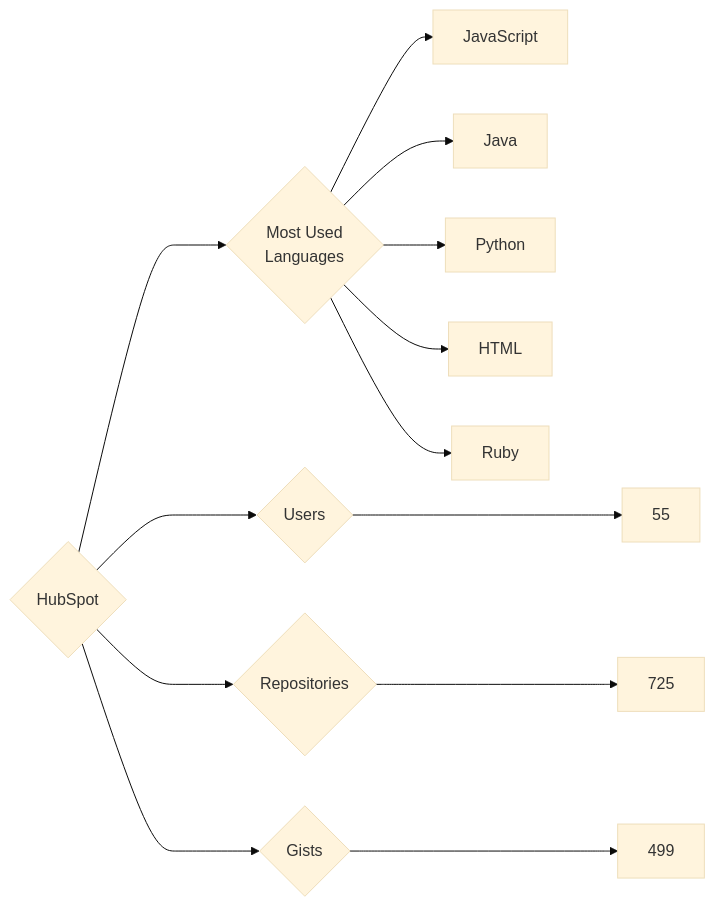
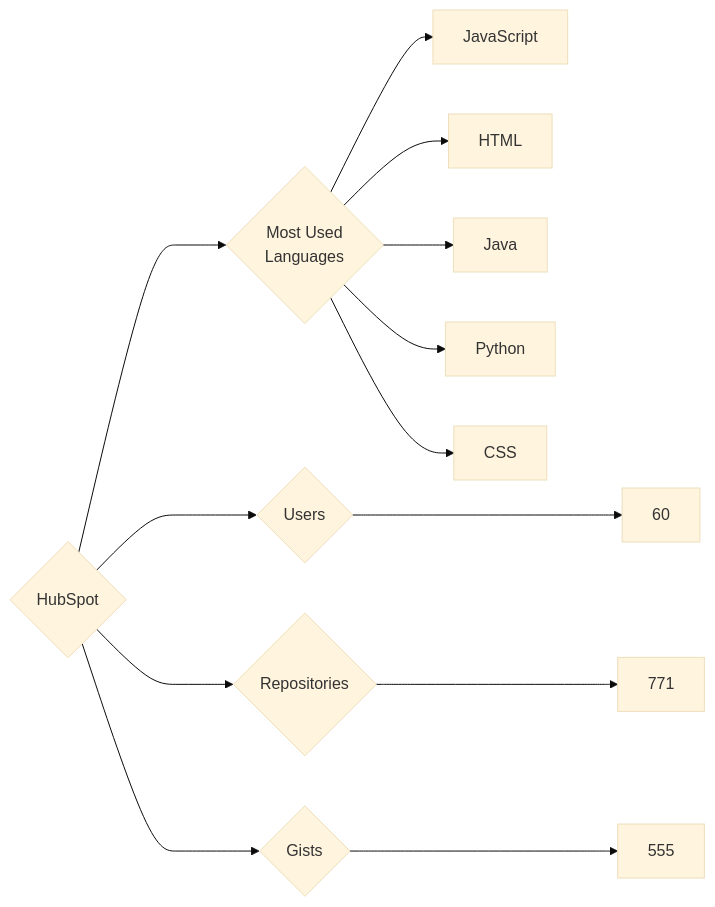
One commit to trickest/insiders changed the diagram in targets/HubSpot/README.md. Above: the diagram before and after it, drawn with Mermaid (base theme). The commit also changed 888 other files, not shown here.

````diff
--- a/targets/HubSpot/README.md
+++ b/targets/HubSpot/README.md
@@ -3,13 +3,13 @@
 ```mermaid
 graph LR
 COMPANY_NAME{HubSpot}
-COMPANY_NAME ---> U{Users} ---> UN[55]
-COMPANY_NAME ---> R{Repositories} ---> RN[725]
-COMPANY_NAME ---> G{Gists} ---> GN[499]
+COMPANY_NAME ---> U{Users} ---> UN[60]
+COMPANY_NAME ---> R{Repositories} ---> RN[771]
+COMPANY_NAME ---> G{Gists} ---> GN[555]
 COMPANY_NAME ---> ML{Most Used<br>Languages}
 ML --> JavaScript[JavaScript]
+ML --> HTML[HTML]
 ML --> Java[Java]
 ML --> Python[Python]
-ML --> HTML[HTML]
-ML --> Ruby[Ruby]
+ML --> CSS[CSS]
 ```
````
